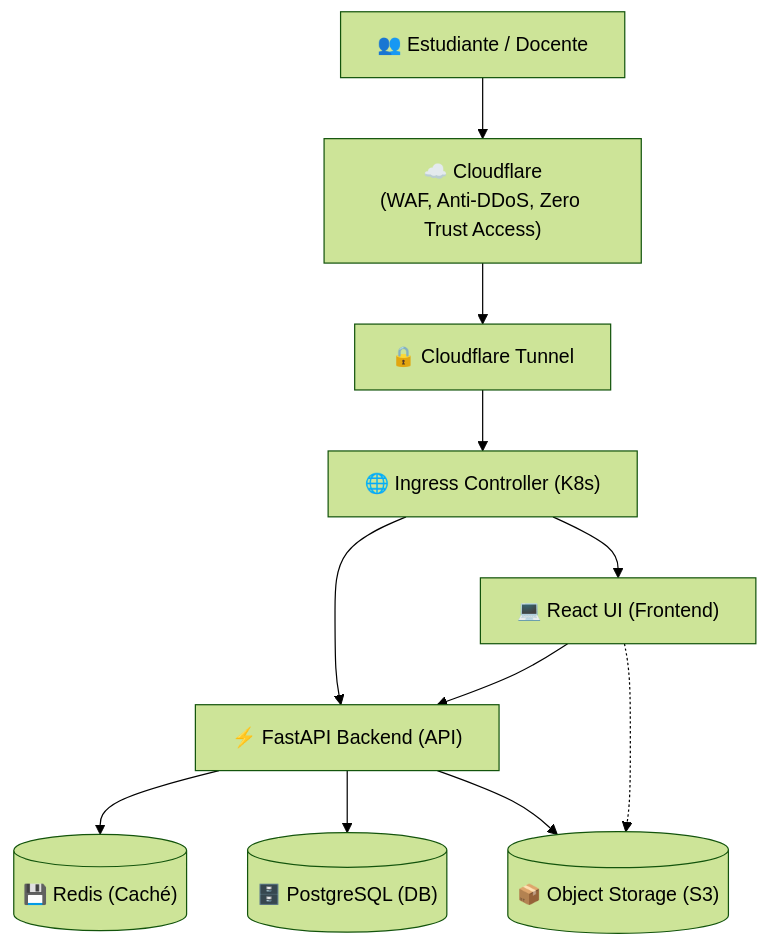
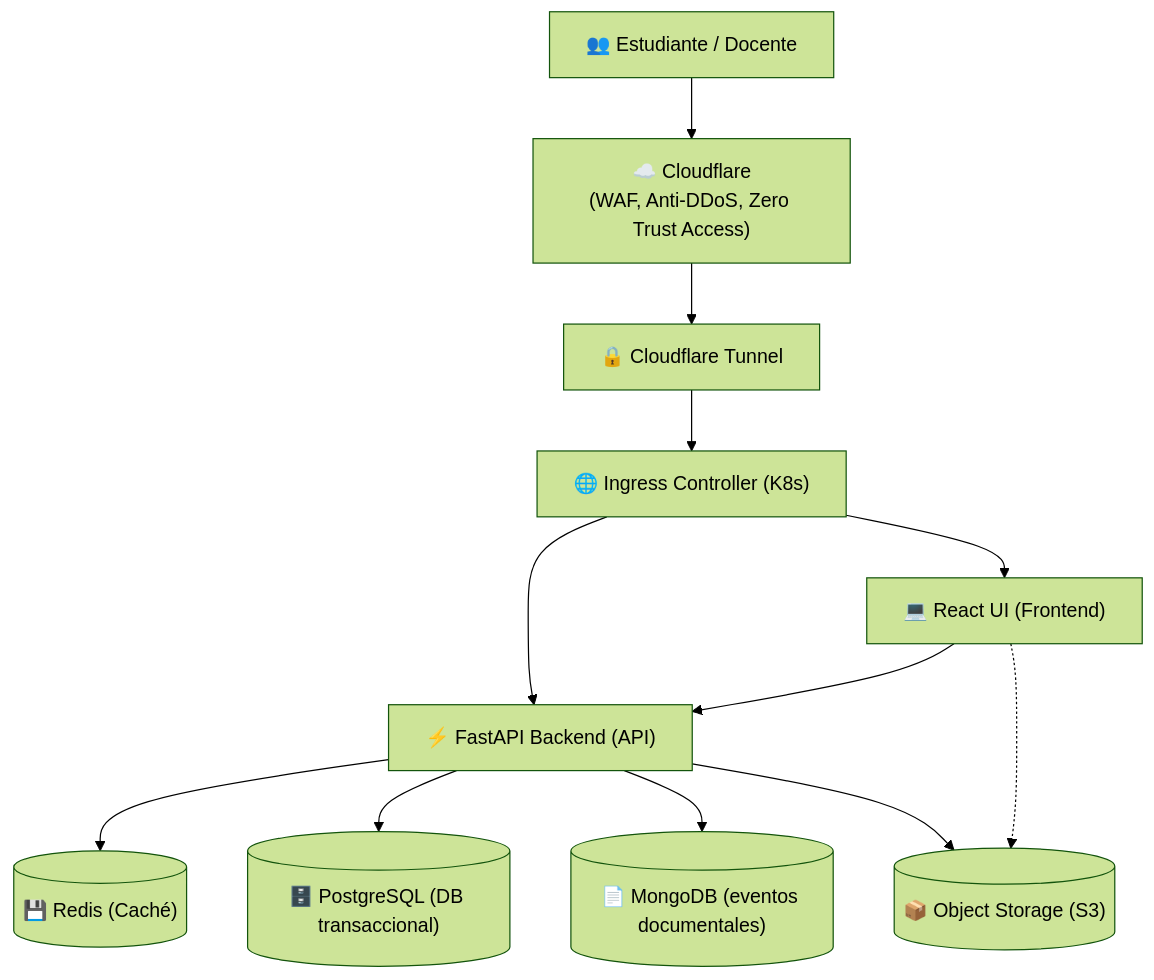
The diagram in docs/03_arquitectura_software.md (jhulio435m/FIQ), drawn with Mermaid (forest theme) before and after one commit. The commit also changed other lines of this file and 23 other files, not shown here.

````diff
--- a/docs/03_arquitectura_software.md
+++ b/docs/03_arquitectura_software.md
@@ -46,13 +46,14 @@
 ```mermaid
 graph TD
     User["👥 Estudiante / Docente"] --> CF["☁️ Cloudflare<br>(WAF, Anti-DDoS, Zero Trust Access)"]
     CF --> CFTunnel["🔒 Cloudflare Tunnel"]
     CFTunnel --> Ingress["🌐 Ingress Controller (K8s)"]
     Ingress --> ReactUI["💻 React UI (Frontend)"]
     Ingress --> FastAPI["⚡ FastAPI Backend (API)"]
     ReactUI --> FastAPI
     FastAPI --> Redis[("💾 Redis (Caché)")]
-    FastAPI --> PostgreSQL[("🗄️ PostgreSQL (DB)")]
+    FastAPI --> PostgreSQL[("🗄️ PostgreSQL (DB transaccional)")]
+    FastAPI --> MongoDB[("📄 MongoDB (eventos documentales)")]
     FastAPI --> S3[("📦 Object Storage (S3)")]
     ReactUI -.-> S3
 ```
````
